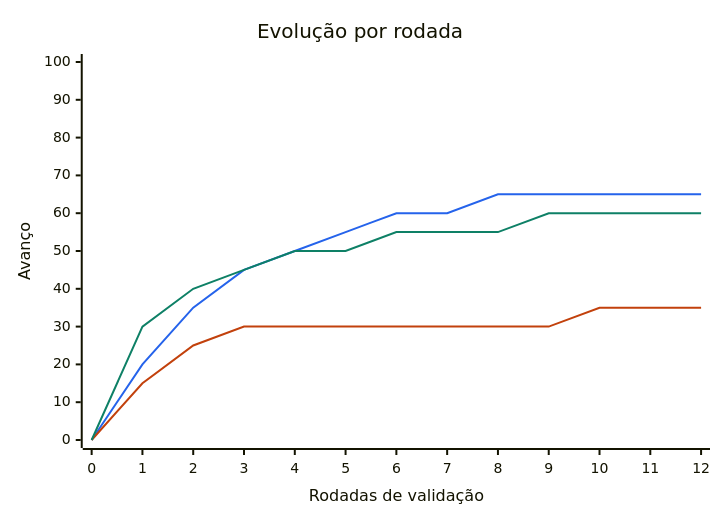
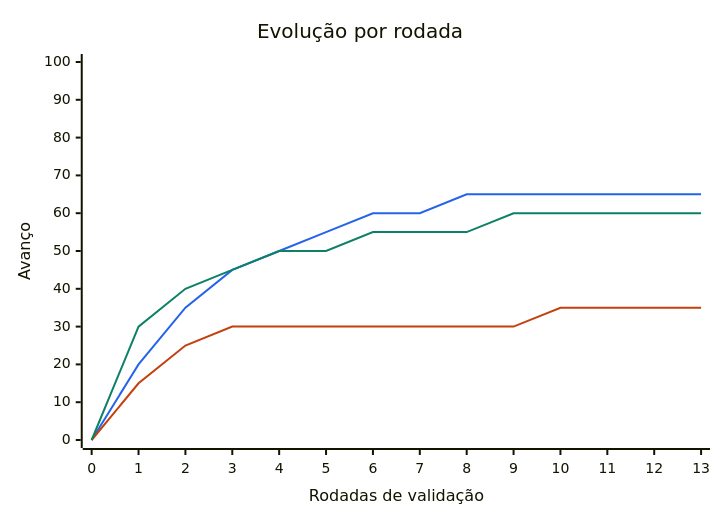
Before and after one commit to thiagozonda1989-stack/simuladorCotacao: the diagram in docs/colaboracao/ACOMPANHAMENTO.md, drawn with Mermaid. The commit also changed other lines of this file, not shown here.

Commit message:
Registra a busca da rodada 13 no painel

````diff
--- a/docs/colaboracao/ACOMPANHAMENTO.md
+++ b/docs/colaboracao/ACOMPANHAMENTO.md
@@ -7,15 +7,15 @@
 ```mermaid
 ---
 config:
   themeVariables:
     xyChart:
       plotColorPalette: "#2563eb,#c2410c,#0e8066"
 ---
 xychart-beta
   title "Evolução por rodada"
-  x-axis "Rodadas de validação" [0, 1, 2, 3, 4, 5, 6, 7, 8, 9, 10, 11, 12]
+  x-axis "Rodadas de validação" [0, 1, 2, 3, 4, 5, 6, 7, 8, 9, 10, 11, 12, 13]
   y-axis "Avanço" 0 --> 100
-  line [0, 20, 35, 45, 50, 55, 60, 60, 65, 65, 65, 65, 65]
-  line [0, 15, 25, 30, 30, 30, 30, 30, 30, 30, 35, 35, 35]
-  line [0, 30, 40, 45, 50, 50, 55, 55, 55, 60, 60, 60, 60]
+  line [0, 20, 35, 45, 50, 55, 60, 60, 65, 65, 65, 65, 65, 65]
+  line [0, 15, 25, 30, 30, 30, 30, 30, 30, 30, 35, 35, 35, 35]
+  line [0, 30, 40, 45, 50, 50, 55, 55, 55, 60, 60, 60, 60, 60]
 ```
````
